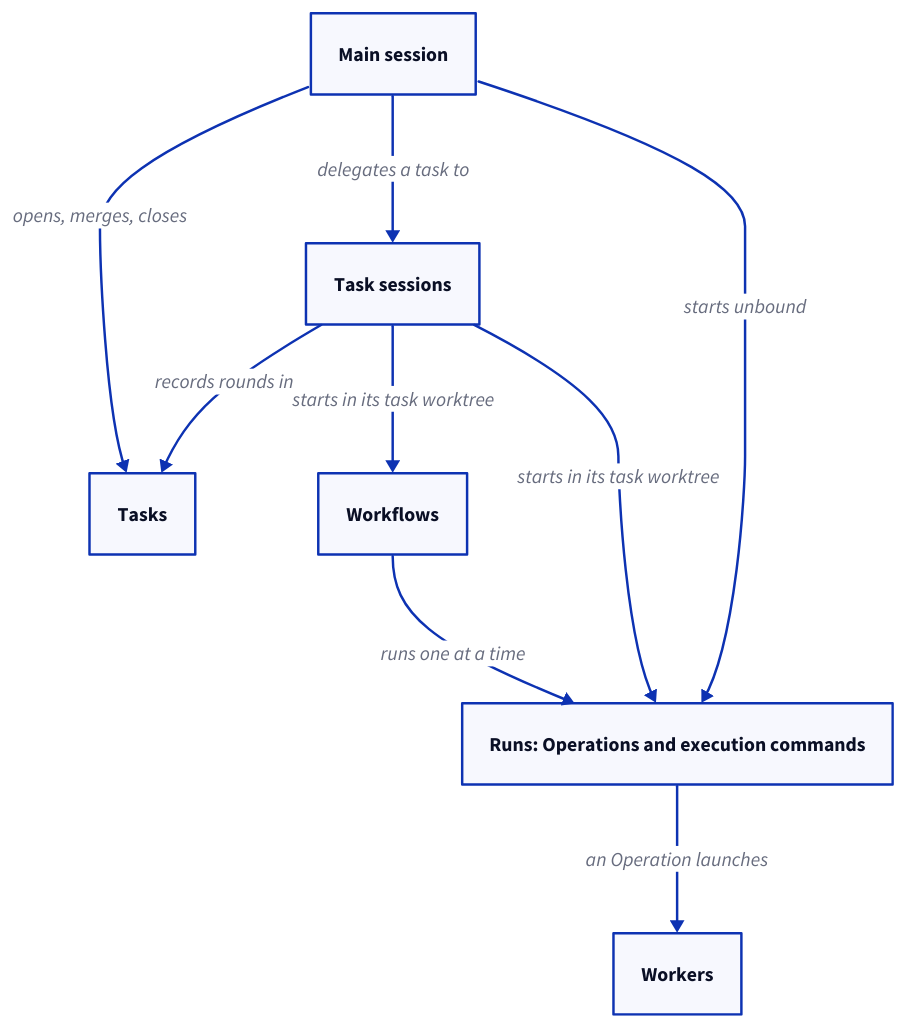
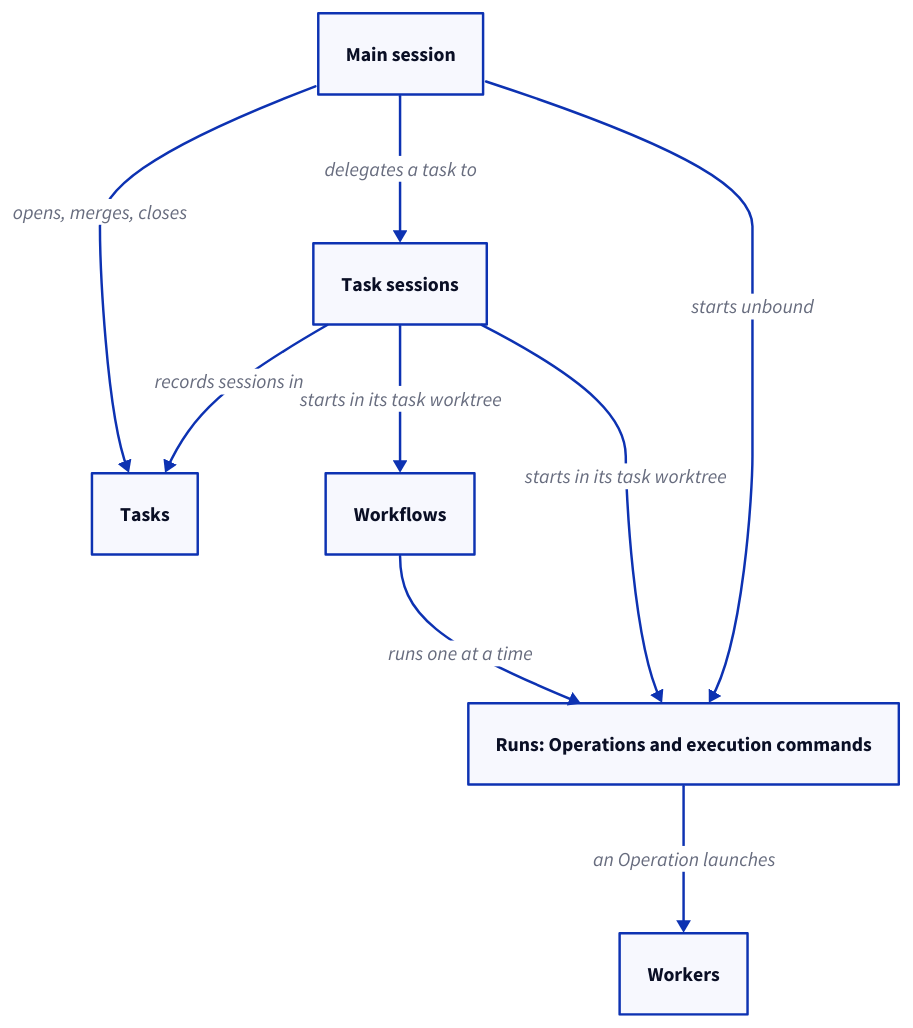
The second of 3 diagrams in specs/concorde/coordination/main-session/module.md (FTOD/concorde), drawn with D2 before and after one commit. The commit also changed other lines of this file and 92 other files, not shown here.

````diff
--- a/specs/concorde/coordination/main-session/module.md
+++ b/specs/concorde/coordination/main-session/module.md
@@ -447,16 +325,16 @@
 ```d2 illustrative
 mainsession: Main session
 tasks: Tasks
 tasksession: Task sessions
 workflows: Workflows
 runs: "Runs: Operations and execution commands"
 workers: Workers
 mainsession -> tasks: opens, merges, closes
 mainsession -> tasksession: delegates a task to
 mainsession -> runs: starts unbound
-tasksession -> tasks: records rounds in
+tasksession -> tasks: records sessions in
 tasksession -> workflows: starts in its task worktree
 tasksession -> runs: starts in its task worktree
 workflows -> runs: runs one at a time
 runs -> workers: an Operation launches
 ```
````
